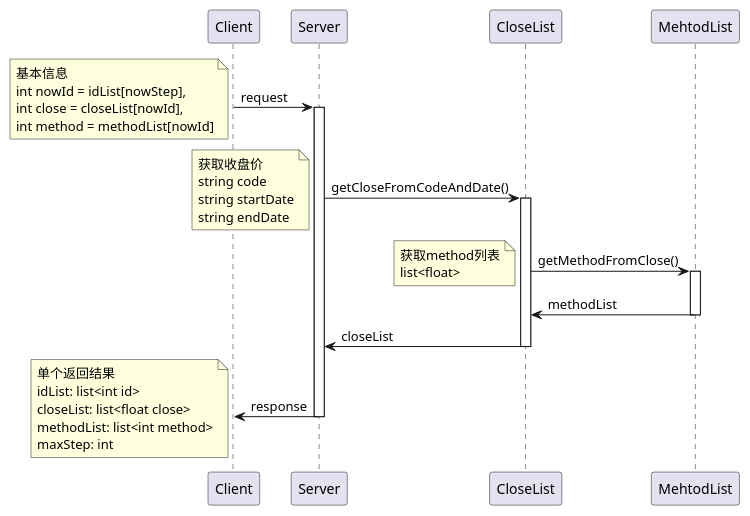
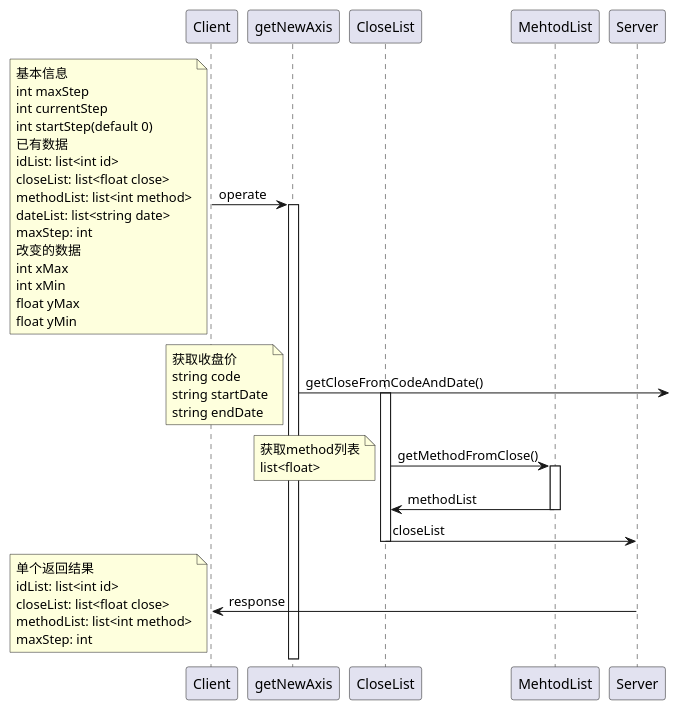
Before and after one commit to skywings110/pytorchLearn: the diagram in sklearnLearn/singleBrowsingData.puml, drawn with PlantUML. The commit also changed 1 other file, not shown here.

```diff
--- a/sklearnLearn/singleBrowsingData.puml
+++ b/sklearnLearn/singleBrowsingData.puml
@@ -1,45 +1,55 @@
 @startuml single
 
 '单个浏览数据，已经完成获取数据'
-Client -> Server : request
-activate Server
+Client -> getNewAxis : operate
+activate getNewAxis
 note left 
 基本信息
-int nowId = idList[nowStep],
-int close = closeList[nowId],
-int method = methodList[nowId]
+int maxStep
+int currentStep
+int startStep(default 0)
+已有数据
+idList: list<int id>
+closeList: list<float close>
+methodList: list<int method>
+dateList: list<string date>
+maxStep: int
+改变的数据
+int xMax
+int xMin
+float yMax
+float yMin
 end note
 
-
-Server -> CloseList: getCloseFromCodeAndDate()
+getNewAxis -> : getCloseFromCodeAndDate()
 activate CloseList
 note left
 获取收盘价
 string code
 string startDate
 string endDate
 end note
 
 CloseList -> MehtodList: getMethodFromClose()
 activate MehtodList
 note left
 获取method列表
 list<float>
 end note
 
 MehtodList -> CloseList: methodList
 deactivate MehtodList
 CloseList -> Server: closeList
 deactivate CloseList
 
 Client <- Server : response
 note left
 单个返回结果
 idList: list<int id>
 closeList: list<float close>
 methodList: list<int method>
 maxStep: int
 end note
 deactivate Server
 
 @enduml
```
